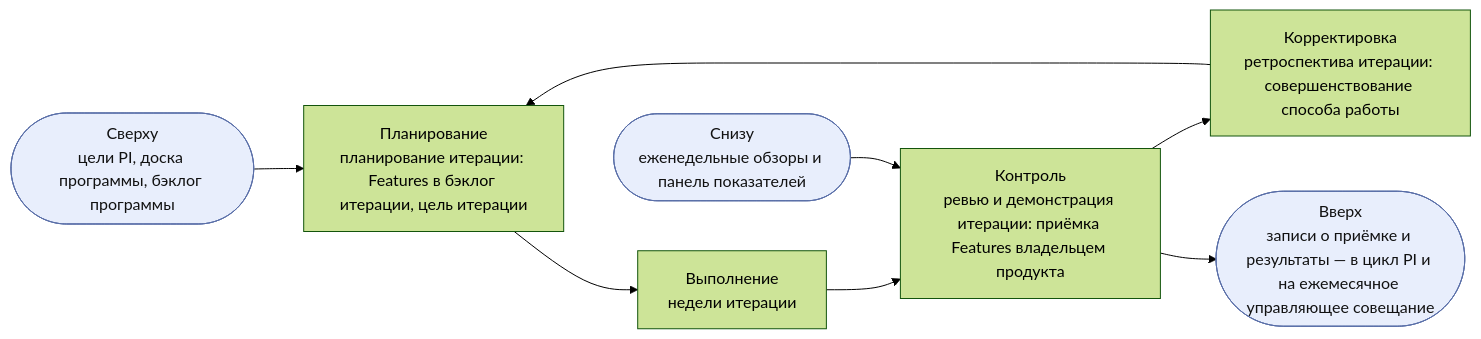
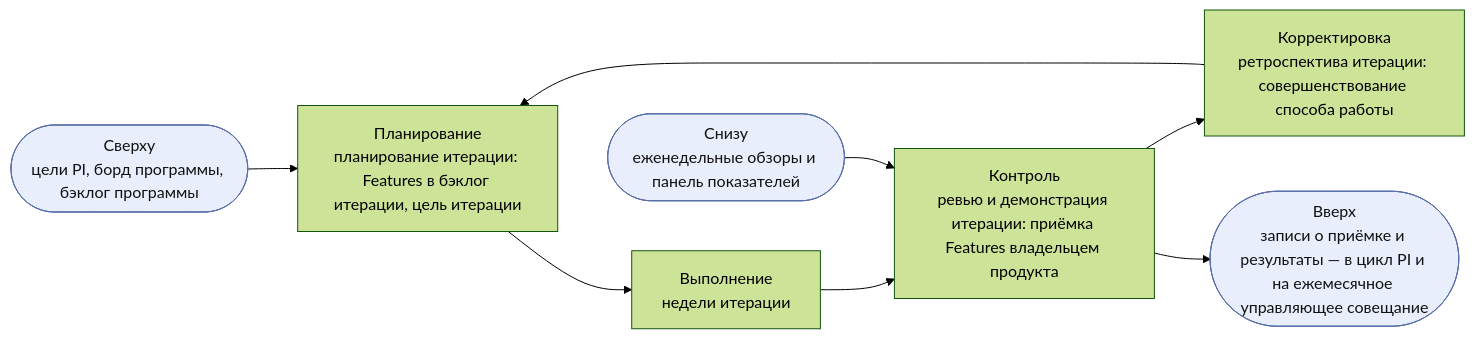
One commit to devhogu/ob-aicc changed the sixth of 13 diagrams in charter/ru/documents/solution-lifecycle-model.md. Above: the diagram before and after it, drawn with Mermaid (forest theme). The commit also changed other lines of this file and 193 other files, not shown here.

````diff
--- a/charter/ru/documents/solution-lifecycle-model.md
+++ b/charter/ru/documents/solution-lifecycle-model.md
@@ -287,8 +287,8 @@
 ```mermaid
 flowchart LR
-  IN(["Сверху<br/>цели PI, доска программы, бэклог программы"]):::iface --> P
+  IN(["Сверху<br/>цели PI, борд программы, бэклог программы"]):::iface --> P
   P["Планирование<br/>планирование итерации: Features в бэклог итерации, цель итерации"] --> D["Выполнение<br/>недели итерации"] --> C["Контроль<br/>ревью и демонстрация итерации: приёмка Features владельцем продукта"] --> A["Корректировка<br/>ретроспектива итерации: совершенствование способа работы"] --> P
   EV(["Снизу<br/>еженедельные обзоры и панель показателей"]):::iface --> C
   C --> UP(["Вверх<br/>записи о приёмке и результаты — в цикл PI и на ежемесячное управляющее совещание"]):::iface
   classDef iface fill:#e8eefc,stroke:#5a6fa8,color:#111
 ```
````
